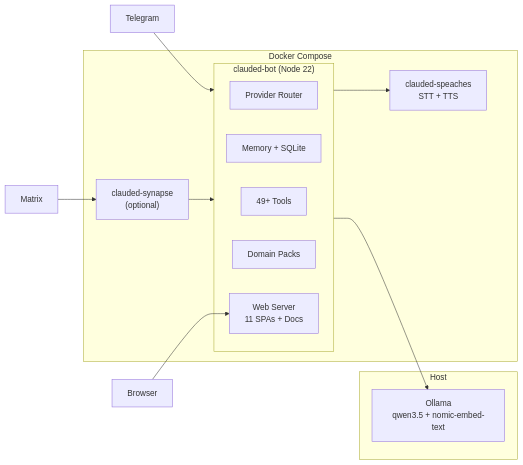
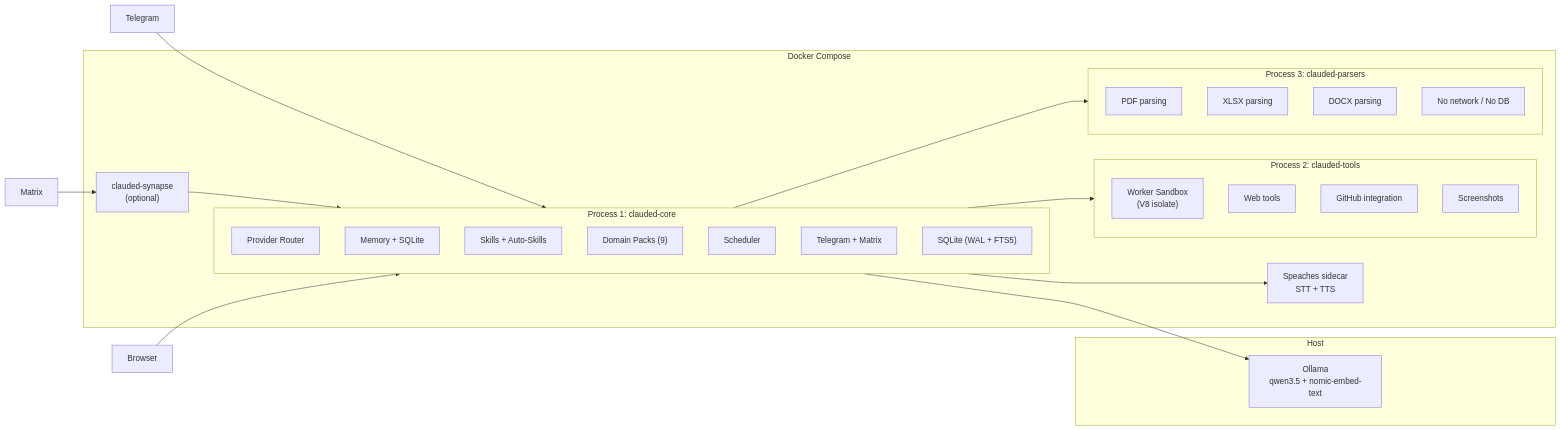
Before and after one commit to ccmanuelf/superprompt: the diagram in README.md, drawn with Mermaid. The commit also changed other lines of this file and 8 other files, not shown here.

````diff
--- a/README.md
+++ b/README.md
@@ -113,25 +126,43 @@
 ```mermaid
 graph LR
     subgraph Host
         Ollama["Ollama<br/>qwen3.5 + nomic-embed-text"]
     end
 
     subgraph Docker["Docker Compose"]
-        subgraph Bot["clauded-bot (Node 22)"]
+        subgraph Core["Process 1: clauded-core"]
             Router["Provider Router"]
             Memory["Memory + SQLite"]
-            Tools["49+ Tools"]
-            Packs["Domain Packs"]
-            Web["Web Server<br/>11 SPAs + Docs"]
+            Skills["Skills + Auto-Skills"]
+            Packs["Domain Packs (9)"]
+            Scheduler["Scheduler"]
+            Platforms["Telegram + Matrix"]
+            DB["SQLite (WAL + FTS5)"]
         end
 
-        Voice["clauded-speaches<br/>STT + TTS"]
+        subgraph Tools["Process 2: clauded-tools"]
+            Worker["Worker Sandbox<br/>(V8 isolate)"]
+            WebTools["Web tools"]
+            GitHub["GitHub integration"]
+            Screenshots["Screenshots"]
+        end
+
+        subgraph Parsers["Process 3: clauded-parsers"]
+            PDF["PDF parsing"]
+            XLSX["XLSX parsing"]
+            DOCX["DOCX parsing"]
+            NoNet["No network / No DB"]
+        end
+
+        Voice["Speaches sidecar<br/>STT + TTS"]
         Matrix["clauded-synapse<br/>(optional)"]
     end
 
-    TG["Telegram"] --> Bot
-    MX["Matrix"] --> Matrix --> Bot
-    BR["Browser"] --> Web
-    Bot --> Ollama
-    Bot --> Voice
+    TG["Telegram"] --> Core
+    MX["Matrix"] --> Matrix --> Core
+    BR["Browser"] --> Core
+    Core --> Tools
+    Core --> Parsers
+    Core --> Ollama
+    Core --> Voice
 ```
````
